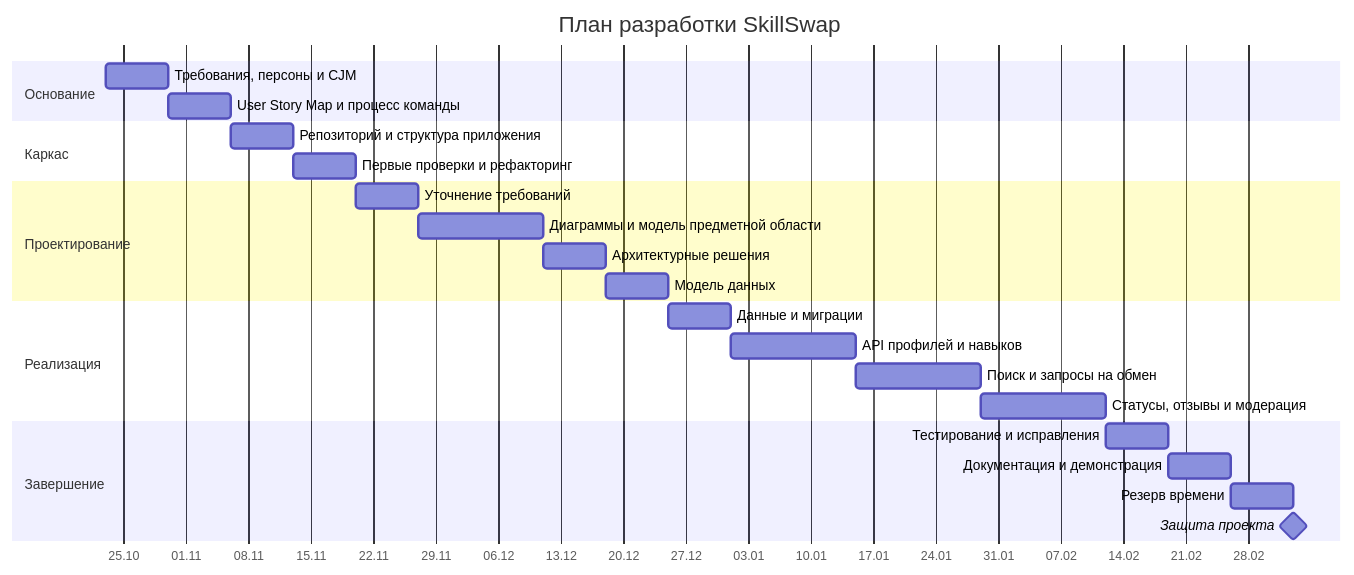
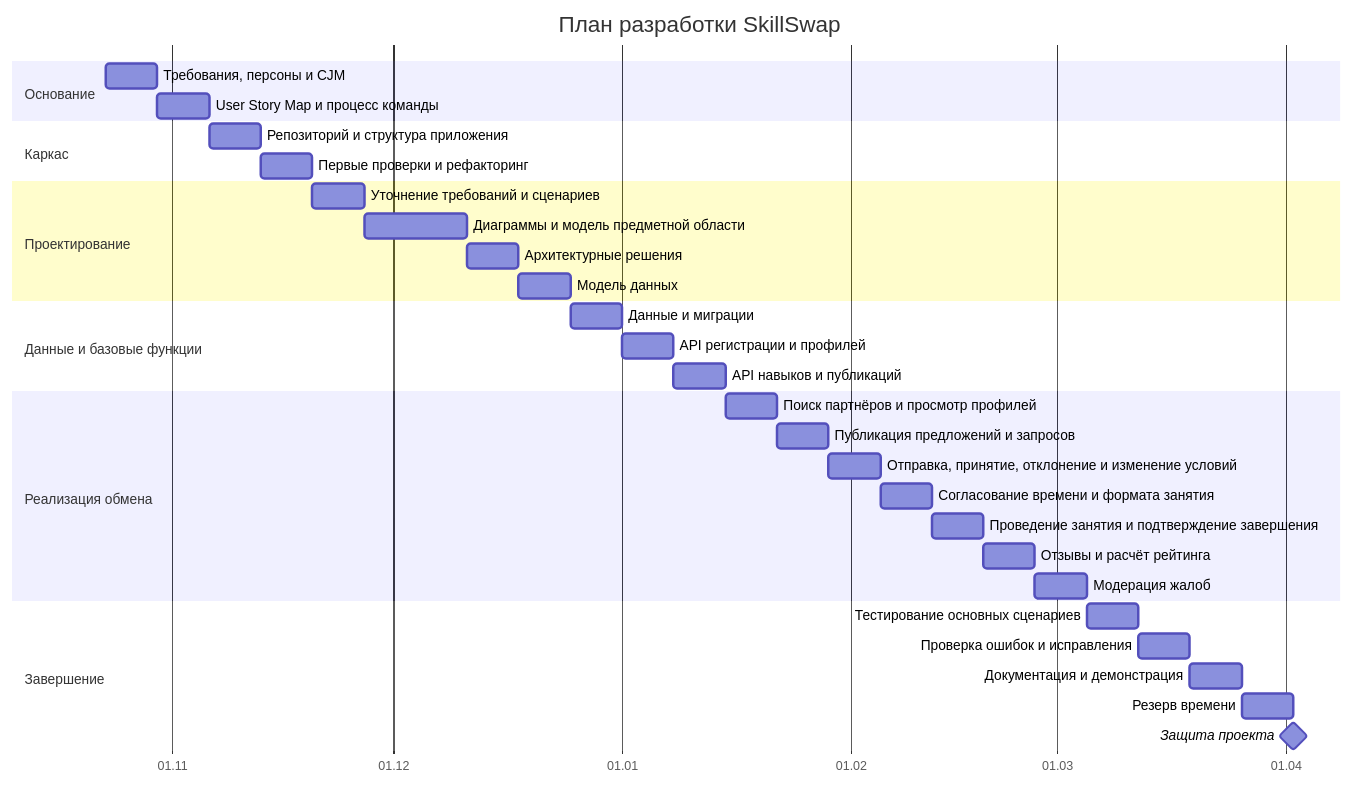
Before and after one commit to KAS-21vre/developmentTechnologies: the diagram in gantt.md, drawn with Mermaid. The commit also changed other lines of this file and 6 other files, not shown here.

````diff
--- a/gantt.md
+++ b/gantt.md
@@ -5,32 +5,41 @@
 ```mermaid
 gantt
     title План разработки SkillSwap
     dateFormat YYYY-MM-DD
     axisFormat %d.%m
 
     section Основание
     Требования, персоны и CJM :m1, 2026-10-23, 7d
     User Story Map и процесс команды :m2, after m1, 7d
 
     section Каркас
     Репозиторий и структура приложения :m3, after m2, 7d
     Первые проверки и рефакторинг :m4, after m3, 7d
 
     section Проектирование
-    Уточнение требований :m5, after m4, 7d
+    Уточнение требований и сценариев :m5, after m4, 7d
     Диаграммы и модель предметной области :m6, after m5, 14d
     Архитектурные решения :m7, after m6, 7d
     Модель данных :m8, after m7, 7d
 
-    section Реализация
+    section Данные и базовые функции
     Данные и миграции :m9, after m8, 7d
-    API профилей и навыков :m10, after m9, 14d
-    Поиск и запросы на обмен :m11, after m10, 14d
-    Статусы, отзывы и модерация :m12, after m11, 14d
+    API регистрации и профилей :m10, after m9, 7d
+    API навыков и публикаций :m11, after m10, 7d
+
+    section Реализация обмена
+    Поиск партнёров и просмотр профилей :m12, after m11, 7d
+    Публикация предложений и запросов :m13, after m12, 7d
+    Отправка, принятие, отклонение и изменение условий :m14, after m13, 7d
+    Согласование времени и формата занятия :m15, after m14, 7d
+    Проведение занятия и подтверждение завершения :m16, after m15, 7d
+    Отзывы и расчёт рейтинга :m17, after m16, 7d
+    Модерация жалоб :m18, after m17, 7d
 
     section Завершение
-    Тестирование и исправления :m13, after m12, 7d
-    Документация и демонстрация :m14, after m13, 7d
-    Резерв времени :buf, after m14, 7d
+    Тестирование основных сценариев :m19, after m18, 7d
+    Проверка ошибок и исправления :m20, after m19, 7d
+    Документация и демонстрация :m21, after m20, 7d
+    Резерв времени :buf, after m21, 7d
     Защита проекта :milestone, defend, after buf, 0d
 ```
````
